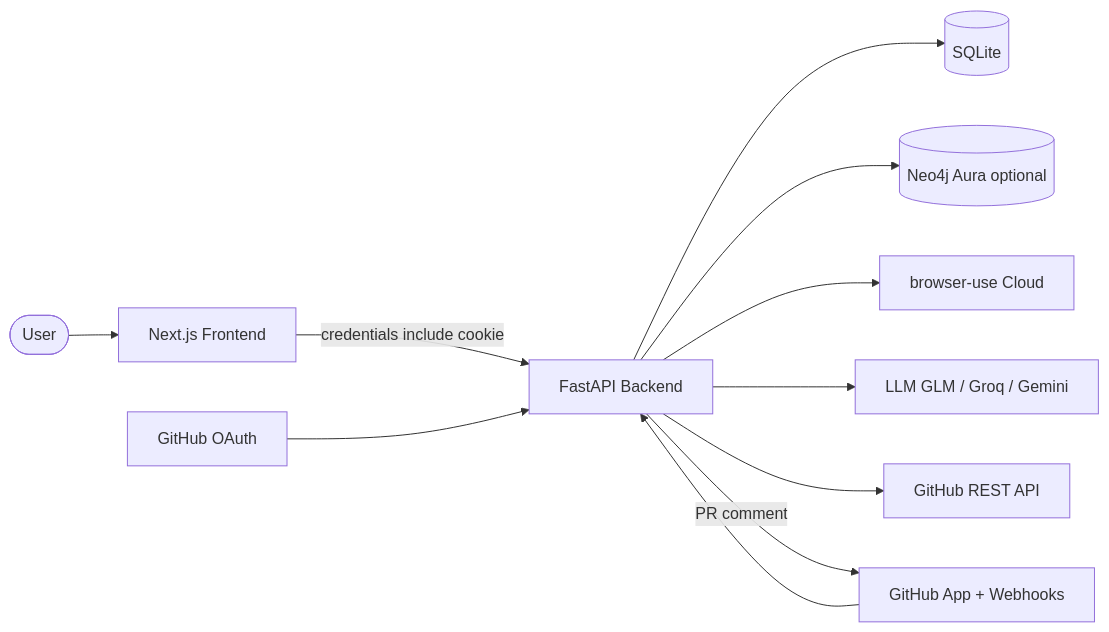
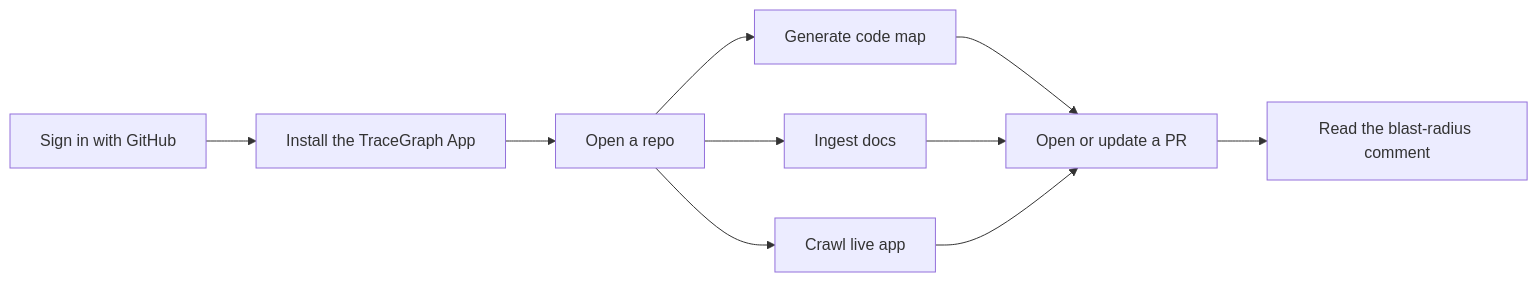
Before and after one commit to shashank-poola/tracegraph: the second of 2 diagrams in docs/overview.md, drawn with Mermaid. The commit also changed other lines of this file and 7 other files, not shown here.

````diff
--- a/docs/overview.md
+++ b/docs/overview.md
@@ -29,13 +76,12 @@
 ```mermaid
 flowchart LR
-  User([User]) --> FE[Next.js Frontend]
-  FE -->|credentials include cookie| API[FastAPI Backend]
-  GHUser[GitHub OAuth] --> API
-  GHApp[GitHub App + Webhooks] --> API
-  API --> SQLite[(SQLite)]
-  API --> Neo4j[(Neo4j Aura optional)]
-  API --> BU[browser-use Cloud]
-  API --> LLM[LLM GLM / Groq / Gemini]
-  API --> GHAPI[GitHub REST API]
-  API -->|PR comment| GHApp
+  A[Sign in with GitHub] --> B[Install the TraceGraph App]
+  B --> C[Open a repo]
+  C --> D[Generate code map]
+  C --> E[Ingest docs]
+  C --> F[Crawl live app]
+  D --> G[Open or update a PR]
+  E --> G
+  F --> G
+  G --> H[Read the blast-radius comment]
 ```
````
